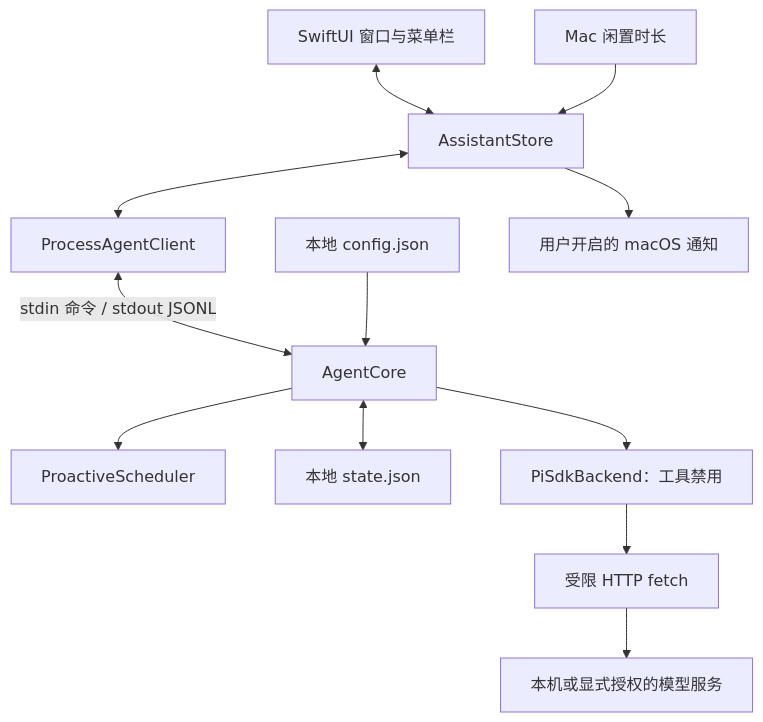
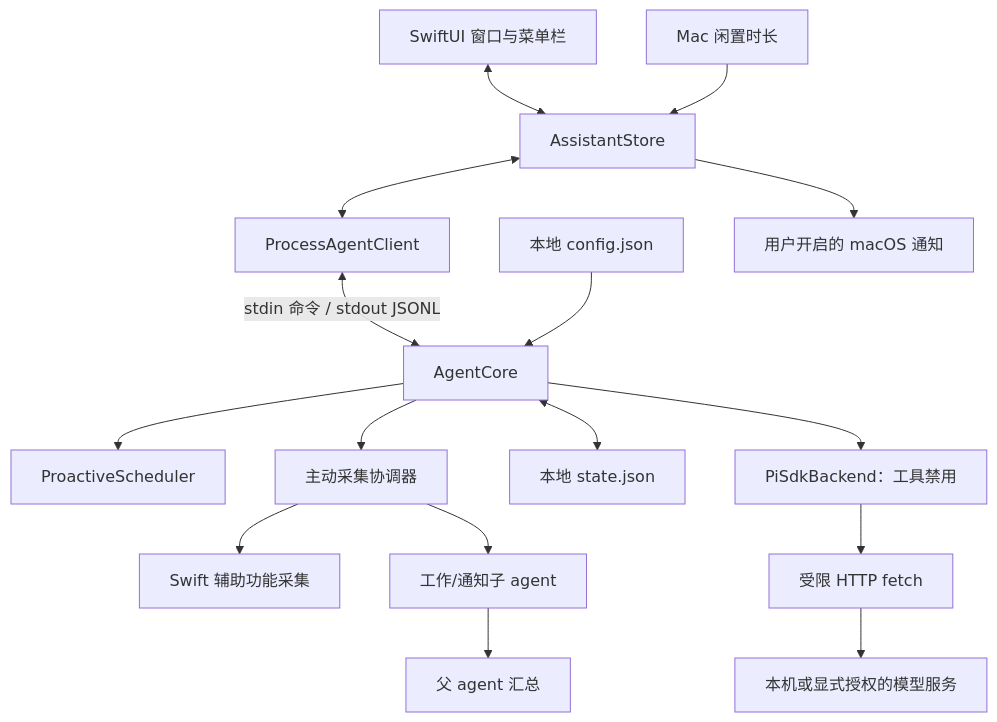
One commit to wzz6423/another-you changed the diagram in docs/architecture.zh-CN.md. Above: the diagram before and after it, drawn with Mermaid. The commit also changed other lines of this file and 143 other files, not shown here.

````diff
--- a/docs/architecture.zh-CN.md
+++ b/docs/architecture.zh-CN.md
@@ -9,14 +9,18 @@
 ```mermaid
 flowchart TD
     UI[SwiftUI 窗口与菜单栏] <--> Store[AssistantStore]
     Idle[Mac 闲置时长] --> Store[AssistantStore]
     Store <--> Client[ProcessAgentClient]
     Client <-->|stdin 命令 / stdout JSONL| Core[AgentCore]
     Core --> Rules[ProactiveScheduler]
+    Core --> Proactive[主动采集协调器]
+    Proactive --> SwiftContext[Swift 辅助功能采集]
+    Proactive --> Subagents[工作/通知子 agent]
+    Subagents --> Parent[父 agent 汇总]
     Core <--> State[本地 state.json]
     Settings[本地 config.json] --> Core
     Core --> Pi[PiSdkBackend：工具禁用]
     Pi --> Fetch[受限 HTTP fetch]
     Fetch --> Model[本机或显式授权的模型服务]
     Store --> Notifications[用户开启的 macOS 通知]
 ```
````
